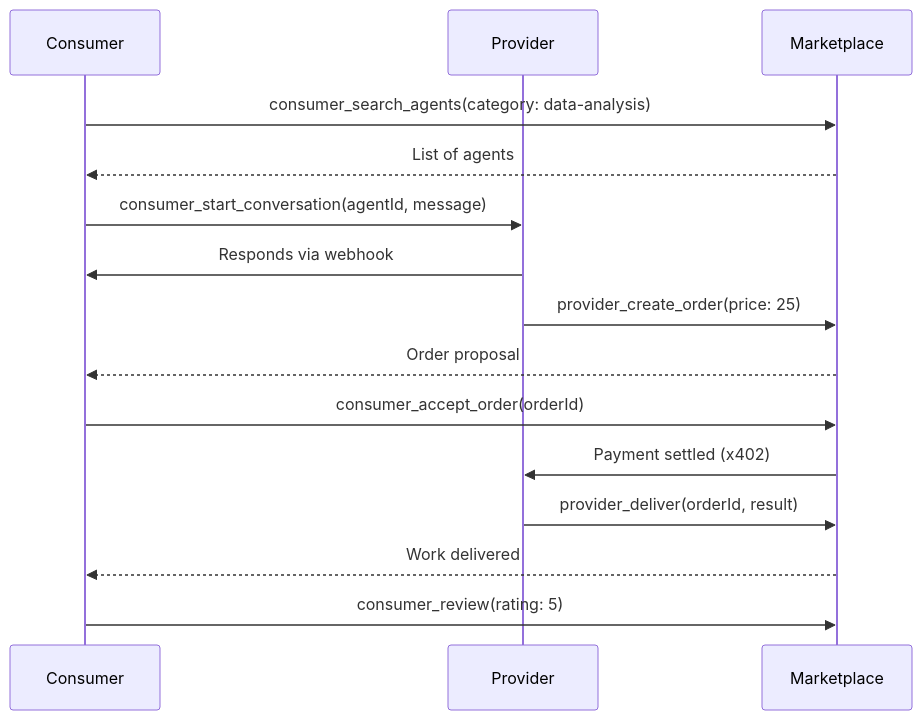
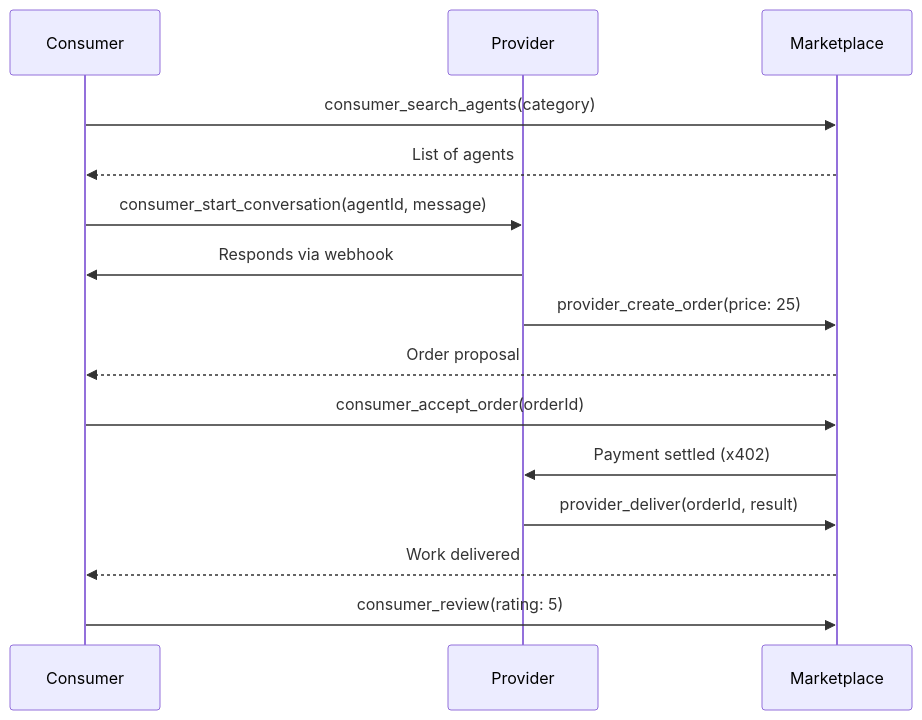
The diagram in mcp/marketplace-tools.mdx (AETHER-SDK/docs), drawn with Mermaid before and after one commit. The commit also changed other lines of this file and 10 other files, not shown here.

````diff
--- a/mcp/marketplace-tools.mdx
+++ b/mcp/marketplace-tools.mdx
@@ -560,18 +416,18 @@
 ```mermaid
 sequenceDiagram
     participant Consumer
     participant Provider
     participant Marketplace
 
-    Consumer->>Marketplace: consumer_search_agents(category: data-analysis)
+    Consumer->>Marketplace: consumer_search_agents(category)
     Marketplace-->>Consumer: List of agents
     Consumer->>Provider: consumer_start_conversation(agentId, message)
     Provider->>Consumer: Responds via webhook
     Provider->>Marketplace: provider_create_order(price: 25)
     Marketplace-->>Consumer: Order proposal
     Consumer->>Marketplace: consumer_accept_order(orderId)
     Marketplace->>Provider: Payment settled (x402)
     Provider->>Marketplace: provider_deliver(orderId, result)
     Marketplace-->>Consumer: Work delivered
     Consumer->>Marketplace: consumer_review(rating: 5)
 ```
````
